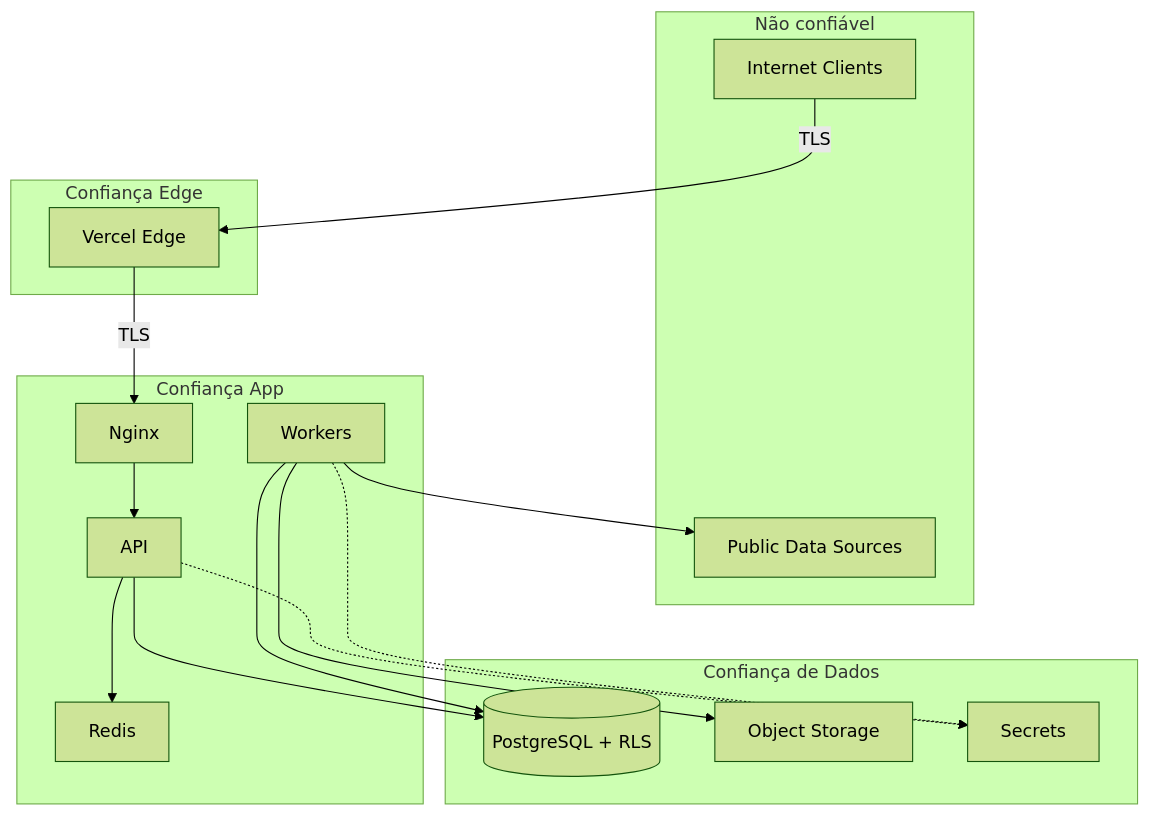
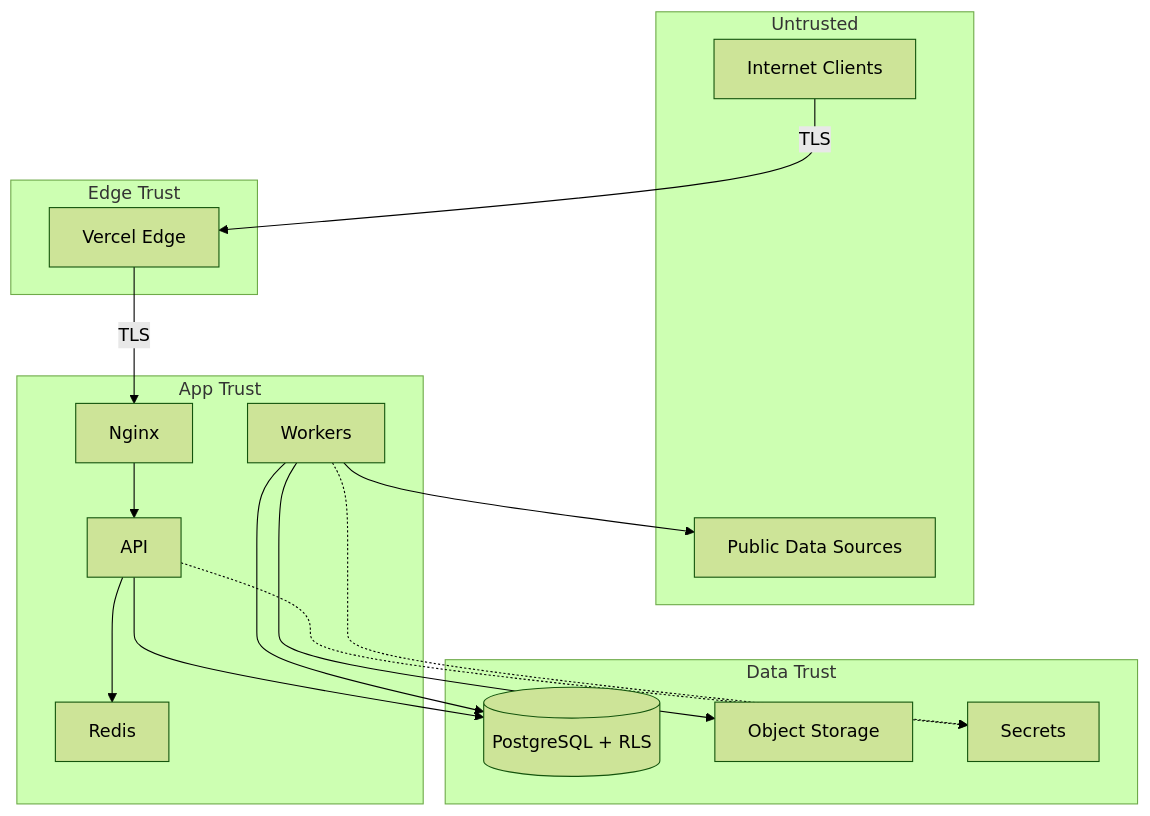
Before and after one commit to alissonf216/licitech-architecture-showcase: the first of 2 diagrams in docs/THREAT_MODEL.md, drawn with Mermaid (forest theme). The commit also changed other lines of this file and 36 other files, not shown here.

First line of the commit message:
Add Licitech architecture portfolio (EN + PT-BR)

````diff
--- a/docs/THREAT_MODEL.md
+++ b/docs/THREAT_MODEL.md
@@ -36,35 +36,35 @@
 ```mermaid
 flowchart TB
-    subgraph UB["Não confiável"]
+    subgraph UB["Untrusted"]
         NET[Internet Clients]
         SRC[Public Data Sources]
     end
 
-    subgraph EB["Confiança Edge"]
+    subgraph EB["Edge Trust"]
         VERCEL[Vercel Edge]
     end
 
-    subgraph AB["Confiança App"]
+    subgraph AB["App Trust"]
         NGX[Nginx]
         API[API]
         W[Workers]
         REDIS[Redis]
     end
 
-    subgraph DBT["Confiança de Dados"]
+    subgraph DBT["Data Trust"]
         PG[(PostgreSQL + RLS)]
         OBJ[Object Storage]
         SECRETS[Secrets]
     end
 
     NET -->|TLS| VERCEL
     VERCEL -->|TLS| NGX
     NGX --> API
     API --> REDIS
     API --> PG
     W --> SRC
     W --> PG
     API -.-> SECRETS
     W -.-> SECRETS
     W --> OBJ
 ```
````
